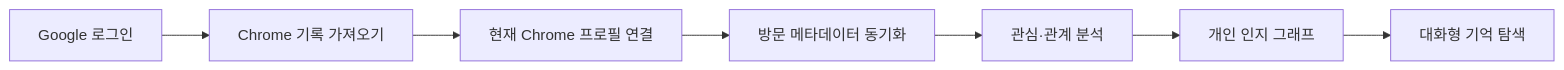
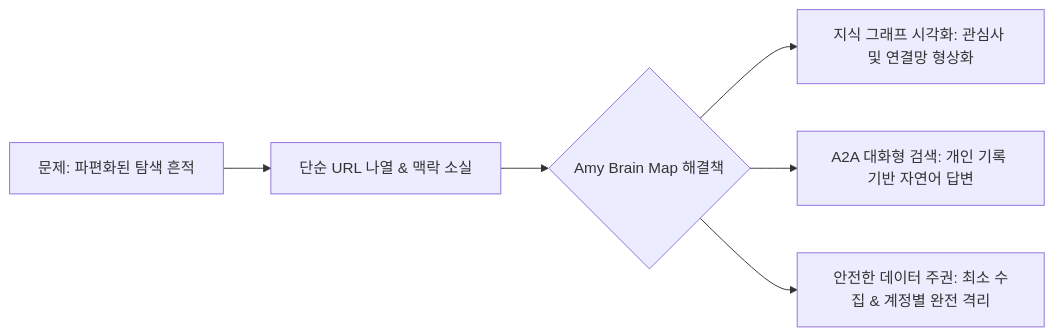
The first of 3 diagrams in README.md (amyhong0/amy-brain-map), drawn with Mermaid before and after one commit. The commit also changed other lines of this file, not shown here.

Commit message:
docs: rewrite README with portfolio-focused engineering problem-solving flows

````diff
--- a/README.md
+++ b/README.md
@@ -25,9 +27,8 @@
 ```mermaid
 flowchart LR
-  A[Google 로그인] --> B[Chrome 기록 가져오기]
-  B --> C[현재 Chrome 프로필 연결]
-  C --> D[방문 메타데이터 동기화]
-  D --> E[관심·관계 분석]
-  E --> F[개인 인지 그래프]
-  F --> G[대화형 기억 탐색]
+    A[문제: 파편화된 탐색 흔적] --> B[단순 URL 나열 & 맥락 소실]
+    B --> C{Amy Brain Map 해결책}
+    C --> D[지식 그래프 시각화: 관심사 및 연결망 형상화]
+    C --> E[A2A 대화형 검색: 개인 기록 기반 자연어 답변]
+    C --> F[안전한 데이터 주권: 최소 수집 & 계정별 완전 격리]
 ```
````
